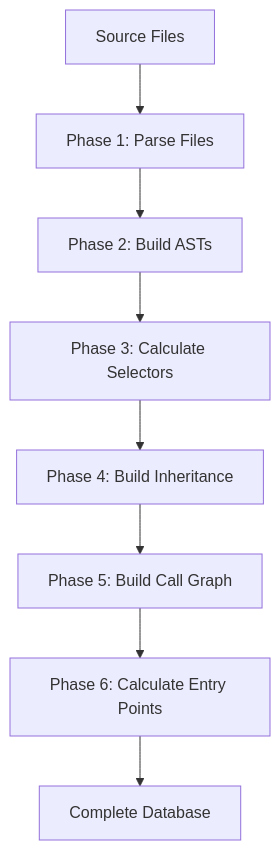
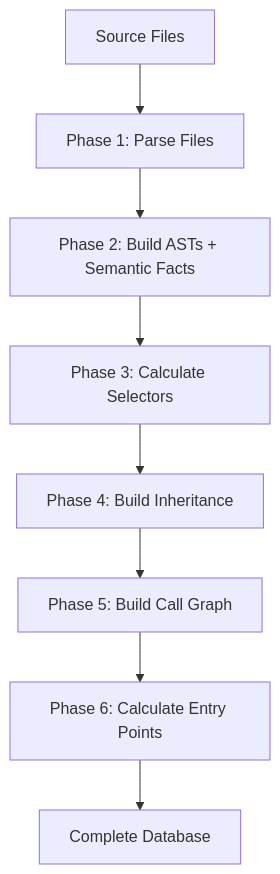
One commit to th13vn/w3goaudit changed the second of 8 diagrams in docs/workflows.md. Above: the diagram before and after it, drawn with Mermaid. The commit also changed other lines of this file and 141 other files, not shown here.

````diff
--- a/docs/workflows.md
+++ b/docs/workflows.md
@@ -89,10 +95,10 @@
 ```mermaid
 graph TD
     A[Source Files] --> B[Phase 1: Parse Files]
-    B --> C[Phase 2: Build ASTs]
+    B --> C[Phase 2: Build ASTs + Semantic Facts]
     C --> D[Phase 3: Calculate Selectors]
     D --> E[Phase 4: Build Inheritance]
     E --> F[Phase 5: Build Call Graph]
     F --> G[Phase 6: Calculate Entry Points]
     G --> H[Complete Database]
 ```
````
